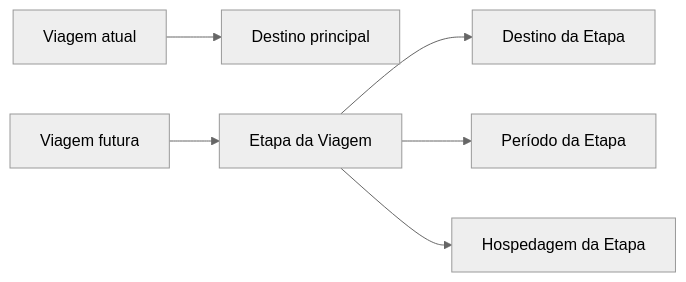
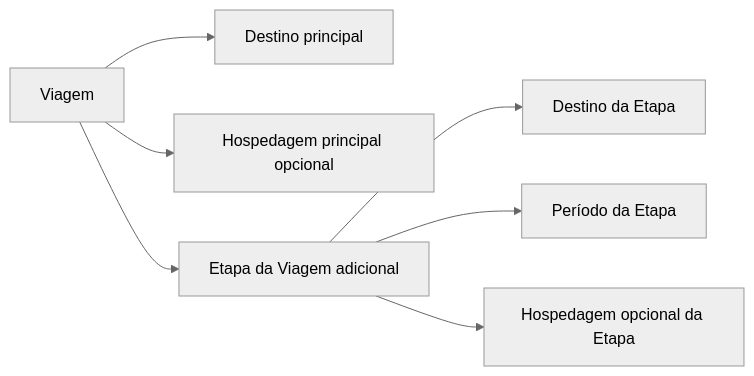
Before and after one commit to collapsy/Routebook: diagram 17 of 17 in docs/domain/domain-model.md, drawn with Mermaid (neutral theme). The commit also changed other lines of this file and 48 other files, not shown here.

First line of the commit message:
feat: etapas e hospedagem por destino na viagem (RB-INC-219/220) (#539)

````diff
--- a/docs/domain/domain-model.md
+++ b/docs/domain/domain-model.md
@@ -3042,18 +3045,17 @@
 ```mermaid
 flowchart LR
-    CurrentTrip["Viagem atual"]
-    CurrentDestination["Destino principal"]
-
-    FutureTrip["Viagem futura"]
-    Stage["Etapa da Viagem"]
+    Trip["Viagem"]
+    PrimaryDestination["Destino principal"]
+    PrimaryAccommodation["Hospedagem principal opcional"]
+    Stage["Etapa da Viagem adicional"]
     StageDestination["Destino da Etapa"]
     StagePeriod["Período da Etapa"]
-    StageAccommodation["Hospedagem da Etapa"]
+    StageAccommodation["Hospedagem opcional da Etapa"]
 
-    CurrentTrip --> CurrentDestination
-
-    FutureTrip --> Stage
+    Trip --> PrimaryDestination
+    Trip --> PrimaryAccommodation
+    Trip --> Stage
     Stage --> StageDestination
     Stage --> StagePeriod
     Stage --> StageAccommodation
 ```
````
